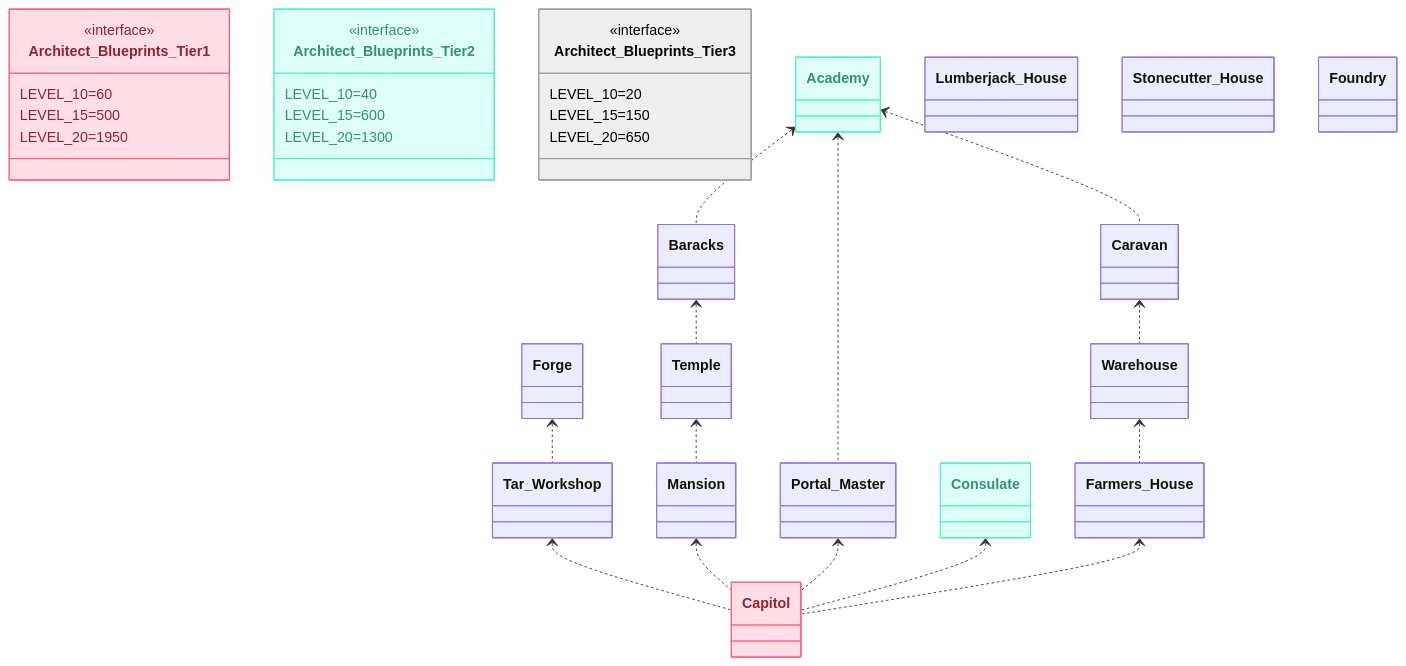
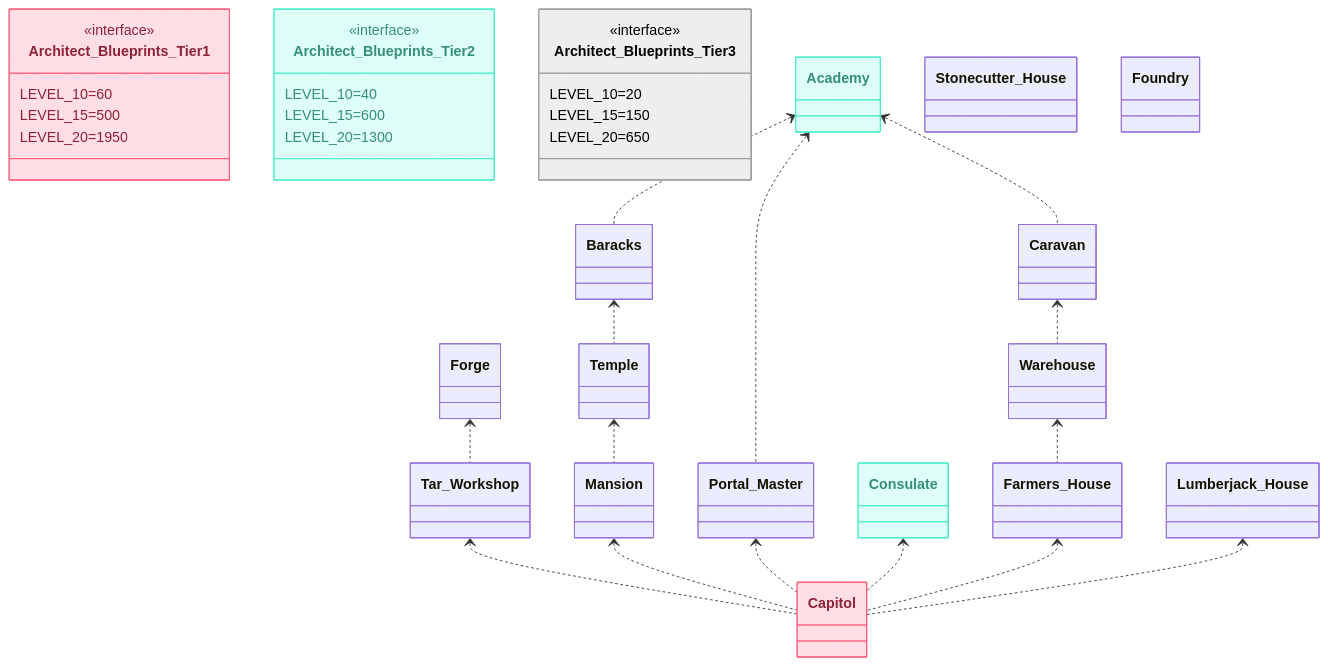
Before and after one commit to wloche/total_battle: the diagram in Total Battle building upgrades.mermaid, drawn with Mermaid.

Commit message:
Update Total Battle building upgrades.mermaid
Adding Lumberjack_House <.. Capitol

```diff
--- a/Total Battle building upgrades.mermaid
+++ b/Total Battle building upgrades.mermaid
@@ -1,92 +1,93 @@
 classDiagram
     class Architect_Blueprints_Tier1 {
 	    LEVEL_10=60
 	    LEVEL_15=500
 	    LEVEL_20=1950
     }
 
     class Architect_Blueprints_Tier2 {
 	    LEVEL_10=40
 	    LEVEL_15=600
 	    LEVEL_20=1300
     }
 
     class Architect_Blueprints_Tier3 {
 	    LEVEL_10=20
 	    LEVEL_15=150
 	    LEVEL_20=650
     }
 
     class Academy {
     }
 
     class Baracks {
     }
 
     class Caravan {
     }
 
     class Warehouse {
     }
 
     class Farmers_House {
     }
 
     class Temple {
     }
 
     class Mansion {
     }
 
     class Tar_Workshop {
     }
 
     class Portal_Master {
     }
 
     class Consulate {
     }
 
     class Forge {
     }
 
     class Lumberjack_House {
     }
 
     class Stonecutter_House {
     }
 
     class Foundry {
     }
 
     class Capitol {
     }
 
 	<<interface>> Architect_Blueprints_Tier1
 	<<interface>> Architect_Blueprints_Tier2
 	<<interface>> Architect_Blueprints_Tier3
 
     Academy <.. Baracks
     Academy <.. Caravan
     Academy <..  Portal_Master
     Warehouse <.. Farmers_House
     Baracks <.. Temple
     Temple <.. Mansion
     Caravan <.. Warehouse
     Tar_Workshop <.. Capitol
     Mansion <.. Capitol
     Forge <.. Tar_Workshop
     Portal_Master <.. Capitol
     Consulate <.. Capitol
     Farmers_House <.. Capitol
+    Lumberjack_House <.. Capitol
 
 	class Architect_Blueprints_Tier1:::Tier1
 	class Architect_Blueprints_Tier2:::Tier2
 	class Architect_Blueprints_Tier3:::Tier3
 	class Academy:::Tier2
 	class Consulate:::Tier2
 	class Capitol:::Tier1
 
 	classDef Tier1 :, stroke-width:1px, stroke-dasharray:none, stroke:#FF5978, fill:#FFDFE5, color:#8E2236
 	classDef Tier2 :, stroke-width:1px, stroke-dasharray:none, stroke:#46EDC8, fill:#DEFFF8, color:#378E7A
 	classDef Tier3 :,stroke-width:1px, stroke-dasharray:none, stroke:#999999, fill:#EEEEEE, color:#000000
```
